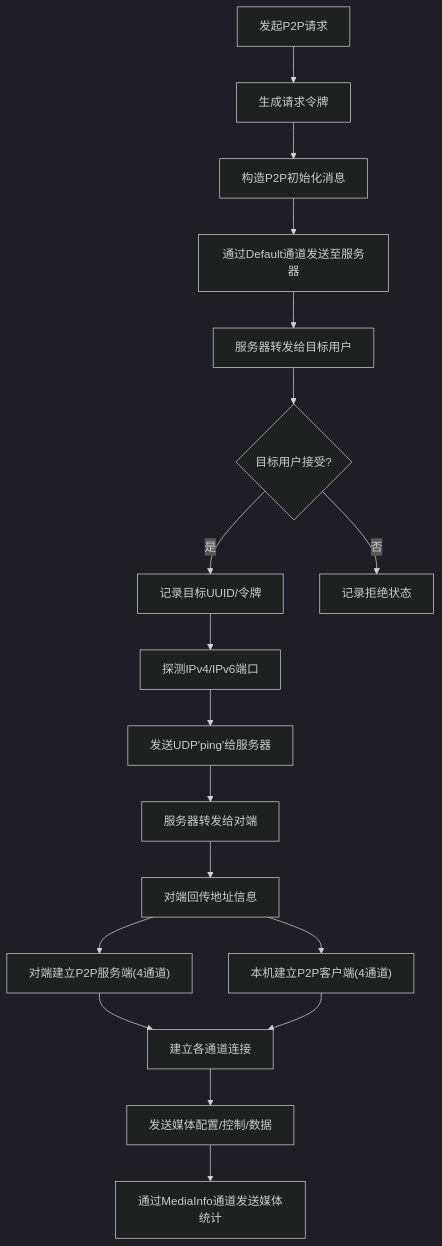
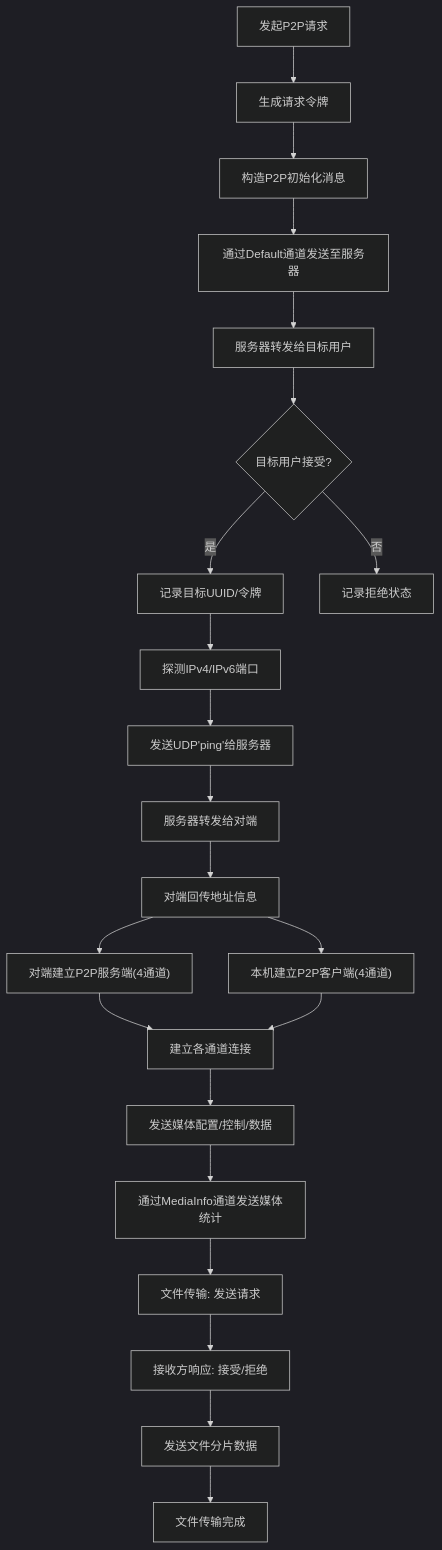
Before and after one commit to nicolastinger/only-talk-app: the eighth of 17 diagrams in .qoder/repowiki/zh/content/后端服务/P2P服务.md, drawn with Mermaid (dark theme). The commit also changed other lines of this file and 9 other files, not shown here.

````diff
--- a/.qoder/repowiki/zh/content/后端服务/P2P服务.md
+++ b/.qoder/repowiki/zh/content/后端服务/P2P服务.md
@@ -378,20 +411,24 @@
 ```mermaid
 flowchart TD
 A["发起P2P请求"] --> B["生成请求令牌"]
 B --> C["构造P2P初始化消息"]
 C --> D["通过Default通道发送至服务器"]
 D --> E["服务器转发给目标用户"]
 E --> F{"目标用户接受?"}
 F -- 是 --> G["记录目标UUID/令牌"]
 F -- 否 --> H["记录拒绝状态"]
 G --> I["探测IPv4/IPv6端口"]
 I --> J["发送UDP'ping'给服务器"]
 J --> K["服务器转发给对端"]
 K --> L["对端回传地址信息"]
 L --> M["对端建立P2P服务端(4通道)"]
 L --> N["本机建立P2P客户端(4通道)"]
 M --> O["建立各通道连接"]
 N --> O
 O --> P["发送媒体配置/控制/数据"]
 P --> Q["通过MediaInfo通道发送媒体统计"]
+Q --> R["文件传输: 发送请求"]
+R --> S["接收方响应: 接受/拒绝"]
+S --> T["发送文件分片数据"]
+T --> U["文件传输完成"]
 ```
````
